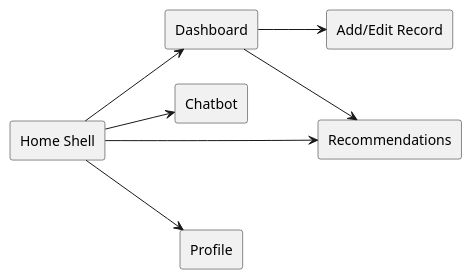
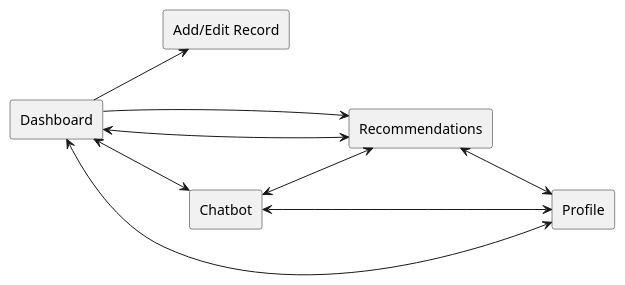
The second of 2 diagrams in docs/specs/07-plan-android-ui-flows.md (SA62-team4/mobile-application-dev-ca), drawn with PlantUML before and after one commit. The commit also changed other lines of this file and 2 other files, not shown here.

````diff
--- a/docs/specs/07-plan-android-ui-flows.md
+++ b/docs/specs/07-plan-android-ui-flows.md
@@ -135,19 +139,20 @@
 ```plantuml
 @startuml
 left to right direction
 
-rectangle "Home Shell" as Home
 rectangle "Dashboard" as Dashboard
 rectangle "Add/Edit Record" as Record
 rectangle "Chatbot" as Chat
 rectangle "Recommendations" as Recs
 rectangle "Profile" as Profile
 
-Home --> Dashboard
-Home --> Chat
-Home --> Recs
-Home --> Profile
+Dashboard <--> Chat
+Dashboard <--> Recs
+Dashboard <--> Profile
+Chat <--> Recs
+Chat <--> Profile
+Recs <--> Profile
 Dashboard --> Record
 Dashboard --> Recs
 @enduml
 ```
````
